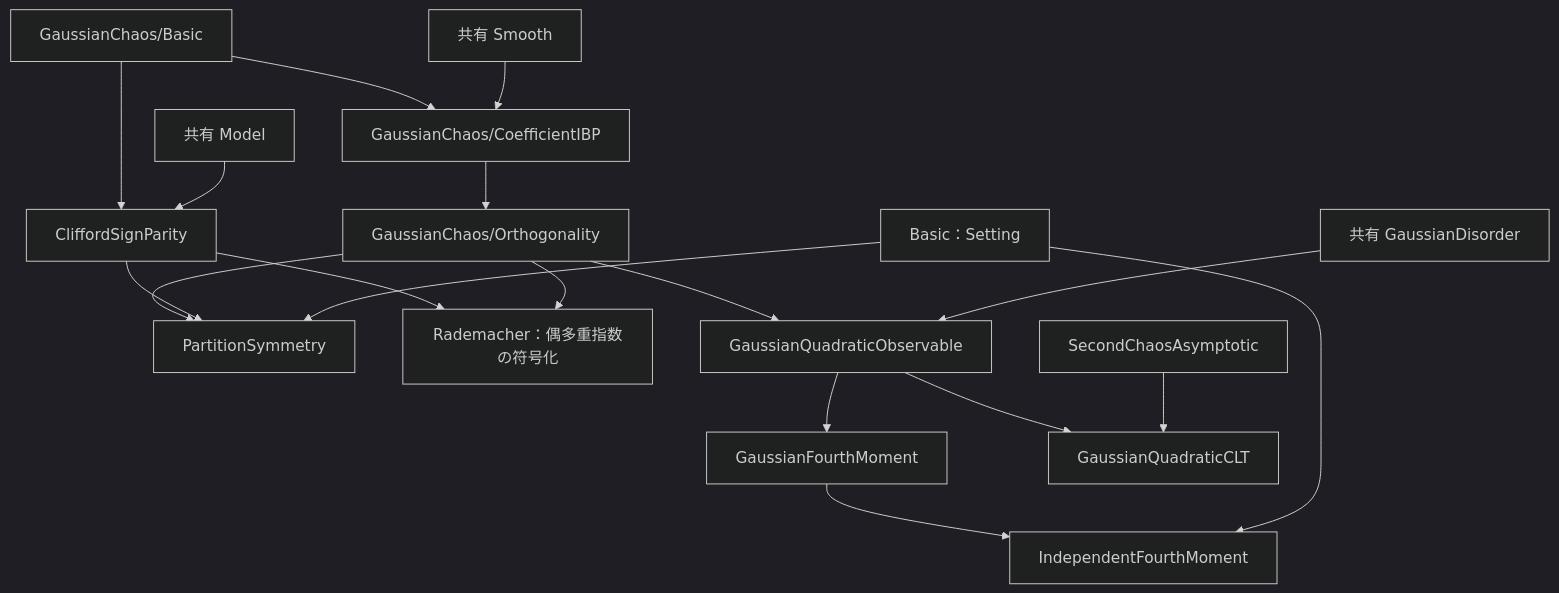
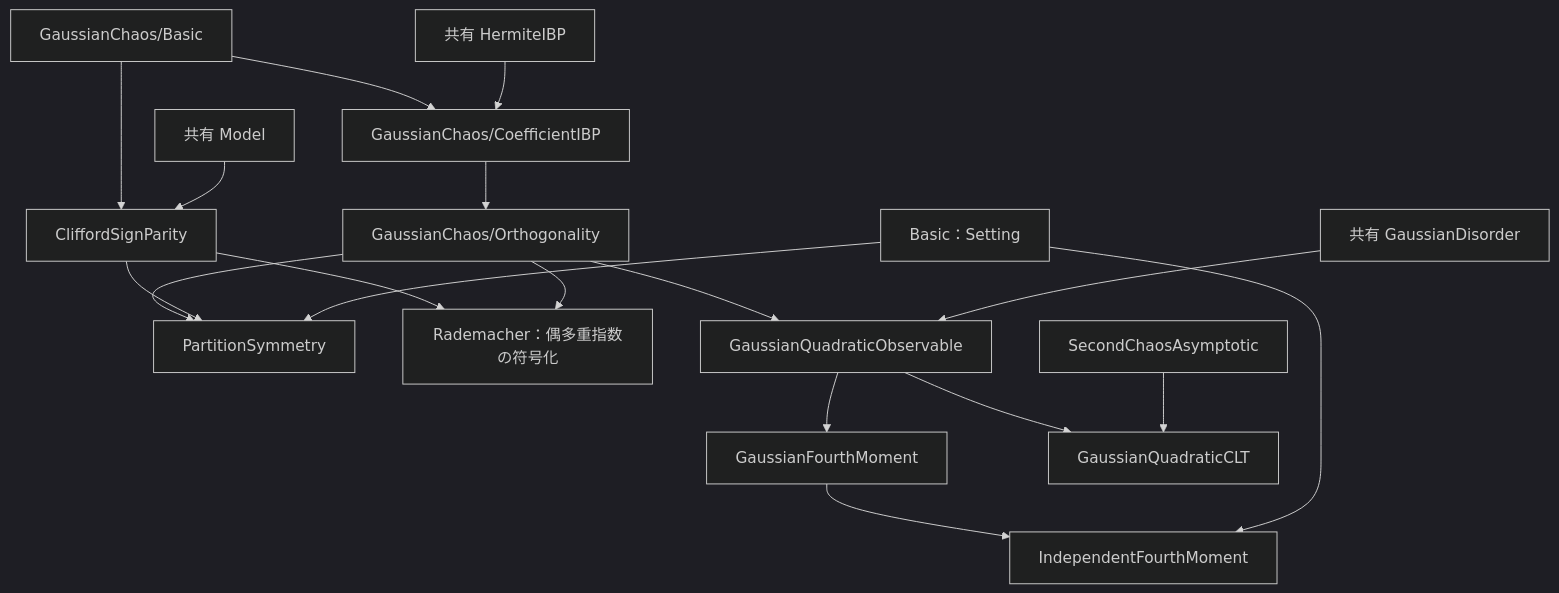
The first of 3 diagrams in SYK/CLT/ARCHITECTURE.md (TokyoProbabilityGroup/SYK_CLT), drawn with Mermaid (dark theme) before and after one commit. The commit also changed other lines of this file and 8 other files, not shown here.

Commit message:
refactor: split the Hermite integration by parts out of Smooth

````diff
--- a/SYK/CLT/ARCHITECTURE.md
+++ b/SYK/CLT/ARCHITECTURE.md
@@ -90,20 +90,20 @@
 ```mermaid
 flowchart TD
     basic["GaussianChaos/Basic"] --> chaos["GaussianChaos/CoefficientIBP"]
     basic --> parity["CliffordSignParity"]
-    smooth["共有 Smooth"] --> chaos
+    hermiteibp["共有 HermiteIBP"] --> chaos
     model["共有 Model"] --> parity
     chaos --> orth["GaussianChaos/Orthogonality"]
     orth --> prelim["PartitionSymmetry"]
     parity --> prelim
     parity --> rademacher["Rademacher：偶多重指数の符号化"]
     orth --> rademacher
     orth --> observable["GaussianQuadraticObservable"]
     disorder["共有 GaussianDisorder"] --> observable
     observable --> fourth["GaussianFourthMoment"]
     observable --> quadratic["GaussianQuadraticCLT"]
     asymptotic["SecondChaosAsymptotic"] --> quadratic
     fourth --> independent["IndependentFourthMoment"]
     setting["Basic：Setting"] --> prelim
     setting --> independent
 ```
````
